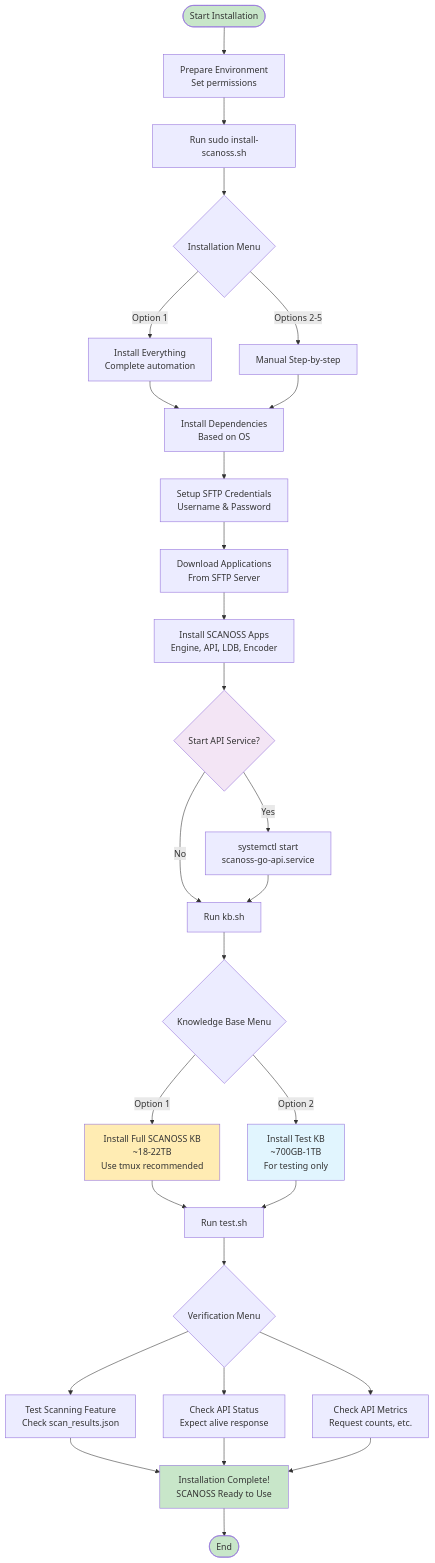
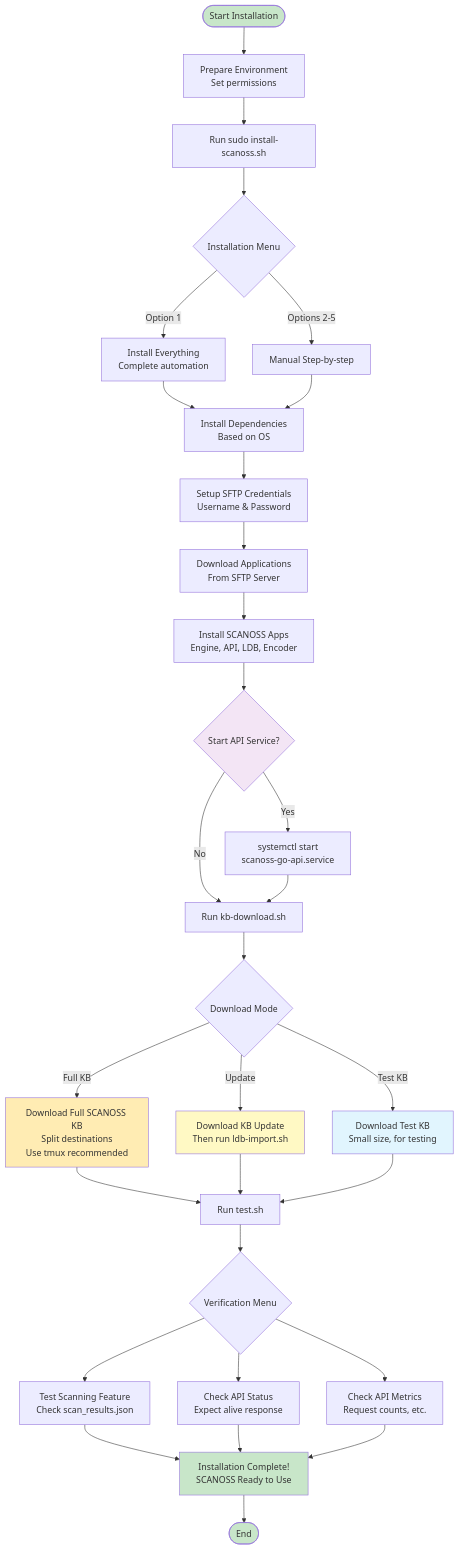
One commit to scanoss/on-premise changed the diagram in install/README.md. Above: the diagram before and after it, drawn with Mermaid. The commit also changed other lines of this file and 6 other files, not shown here.

````diff
--- a/install/README.md
+++ b/install/README.md
@@ -264,52 +410,55 @@
 ```mermaid
 flowchart TD
     START([Start Installation]) --> PREP[Prepare Environment<br/>Set permissions]
-    
+
     PREP --> INSTALL[Run sudo install-scanoss.sh]
-    
+
     INSTALL --> MENU{Installation Menu}
-    
+
     MENU -->|Option 1| ALL[Install Everything<br/>Complete automation]
     MENU -->|Options 2-5| MANUAL[Manual Step-by-step]
-    
+
     ALL --> DEPS[Install Dependencies<br/>Based on OS]
     MANUAL --> DEPS
-    
+
     DEPS --> SFTP[Setup SFTP Credentials<br/>Username & Password]
-    
+
     SFTP --> DOWNLOAD[Download Applications<br/>From SFTP Server]
-    
+
     DOWNLOAD --> APPS[Install SCANOSS Apps<br/>Engine, API, LDB, Encoder]
-    
+
     APPS --> API_START{Start API Service?}
     API_START -->|Yes| START_API[systemctl start<br/>scanoss-go-api.service]
-    API_START -->|No| KB_INSTALL
-    START_API --> KB_INSTALL[Run kb.sh]
-    
-    KB_INSTALL --> KB_MENU{Knowledge Base Menu}
-    
-    KB_MENU -->|Option 1| FULL_KB[Install Full SCANOSS KB<br/>~18-22TB<br/>Use tmux recommended]
-    KB_MENU -->|Option 2| TEST_KB[Install Test KB<br/>~700GB-1TB<br/>For testing only]
-    
+    API_START -->|No| KB_DOWNLOAD
+    START_API --> KB_DOWNLOAD[Run kb-download.sh]
+
+    KB_DOWNLOAD --> KB_MENU{Download Mode}
+
+    KB_MENU -->|Full KB| FULL_KB[Download Full SCANOSS KB<br/>Split destinations<br/>Use tmux recommended]
+    KB_MENU -->|Update| UPDATE_KB[Download KB Update<br/>Then run ldb-import.sh]
+    KB_MENU -->|Test KB| TEST_KB[Download Test KB<br/>Small size, for testing]
+
     FULL_KB --> VERIFY[Run test.sh]
+    UPDATE_KB --> VERIFY
     TEST_KB --> VERIFY
-    
+
     VERIFY --> TEST_MENU{Verification Menu}
-    
+
     TEST_MENU --> SCAN_TEST[Test Scanning Feature<br/>Check scan_results.json]
     TEST_MENU --> API_TEST[Check API Status<br/>Expect alive response]
     TEST_MENU --> METRICS[Check API Metrics<br/>Request counts, etc.]
-    
+
     SCAN_TEST --> SUCCESS
     API_TEST --> SUCCESS
     METRICS --> SUCCESS[Installation Complete!<br/>SCANOSS Ready to Use]
-    
+
     SUCCESS --> END([End])
-    
+
     style START fill:#c8e6c9
     style SUCCESS fill:#c8e6c9
     style END fill:#c8e6c9
     style FULL_KB fill:#ffecb3
+    style UPDATE_KB fill:#fff9c4
     style TEST_KB fill:#e1f5fe
     style API_START fill:#f3e5f5
 ```
````
